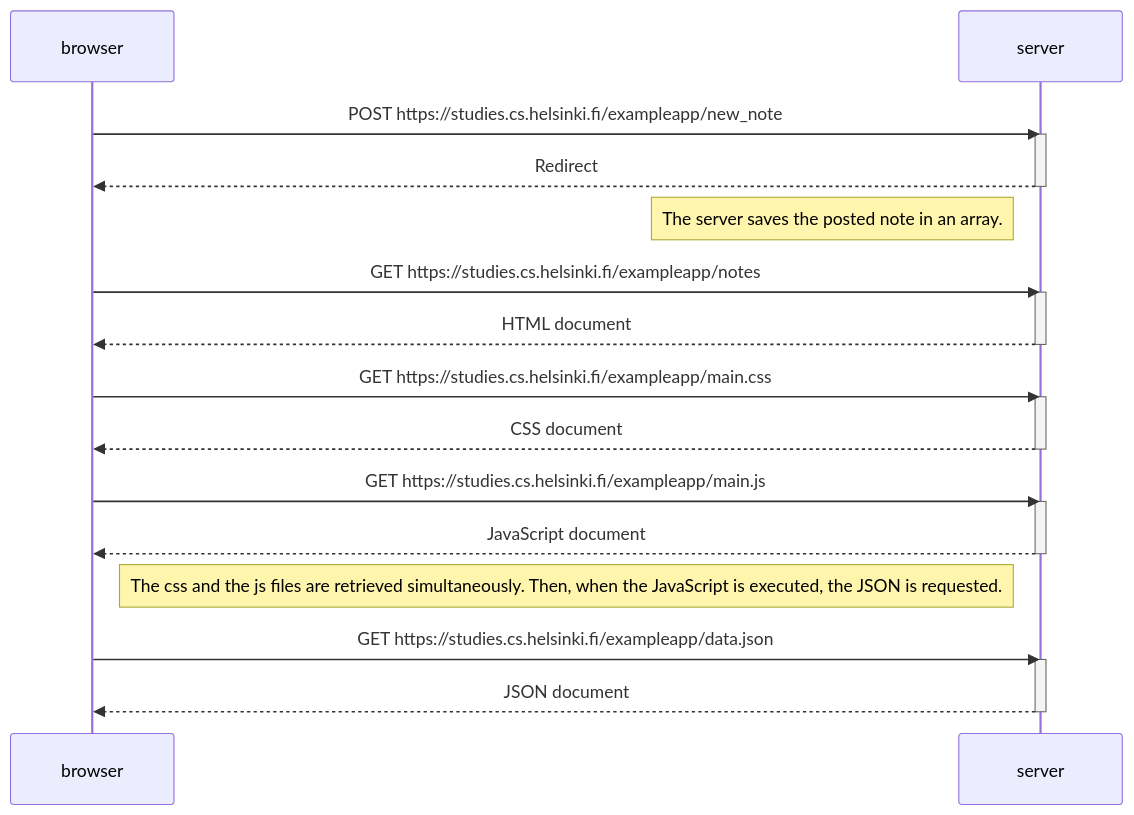
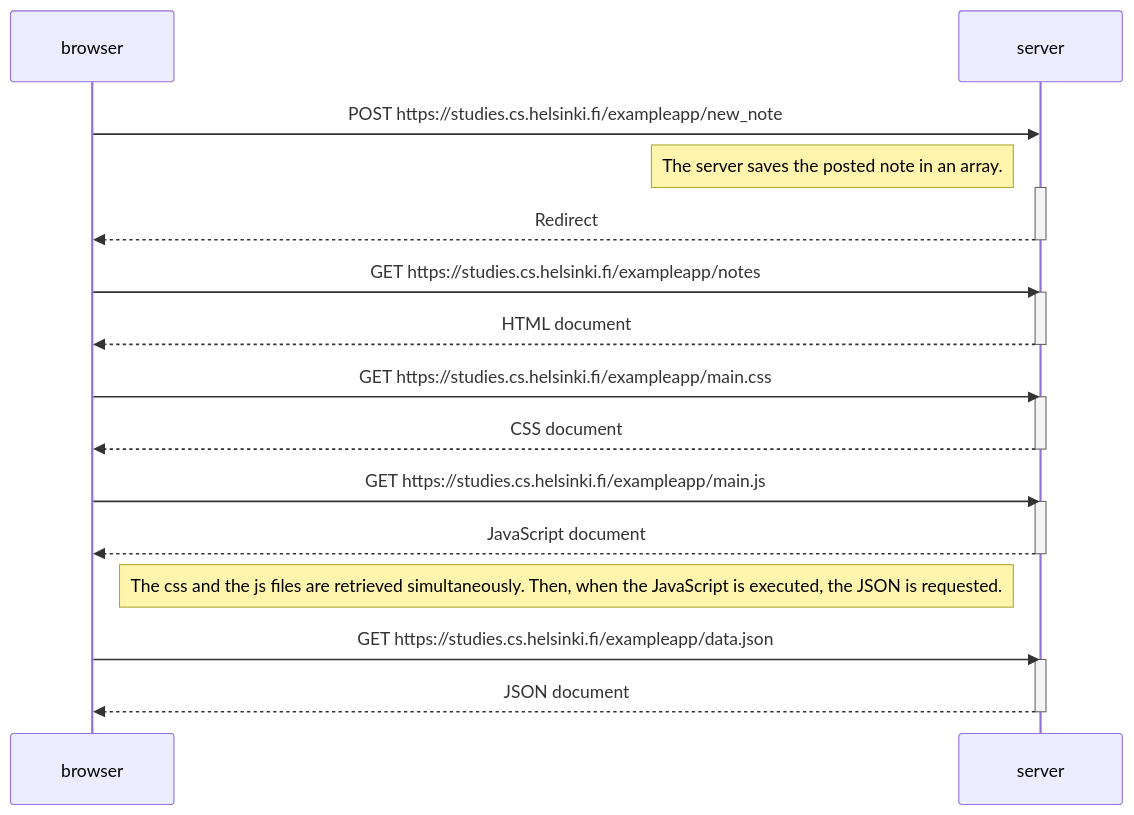
The diagram in part0/0_4_new_note_diagram.md (jjcosgaya/fullstackopen), drawn with Mermaid before and after one commit. The commit also changed other lines of this file, not shown here.

Commit message:
Fixed note position in diagram

````diff
--- a/part0/0_4_new_note_diagram.md
+++ b/part0/0_4_new_note_diagram.md
@@ -1,33 +1,33 @@
 ```mermaid
 sequenceDiagram
     participant browser
     participant server
 
     browser->>server: POST https://studies.cs.helsinki.fi/exampleapp/new_note
+    Note left of server: The server saves the posted note in an array.
     activate server
     server-->>browser: Redirect
     deactivate server
-    Note left of server: The server saves the posted note in an array.
 
     browser->>server: GET https://studies.cs.helsinki.fi/exampleapp/notes
     activate server
     server-->>browser: HTML document
     deactivate server
 
     browser->>server: GET https://studies.cs.helsinki.fi/exampleapp/main.css
     activate server
     server-->>browser: CSS document
     deactivate server
 
     browser->>server: GET https://studies.cs.helsinki.fi/exampleapp/main.js
     activate server
     server-->>browser: JavaScript document
     deactivate server
 
     Note right of browser: The css and the js files are retrieved simultaneously. Then, when the JavaScript is executed, the JSON is requested.
 
     browser->>server: GET https://studies.cs.helsinki.fi/exampleapp/data.json
     activate server
     server-->>browser: JSON document
     deactivate server
 ```
````
